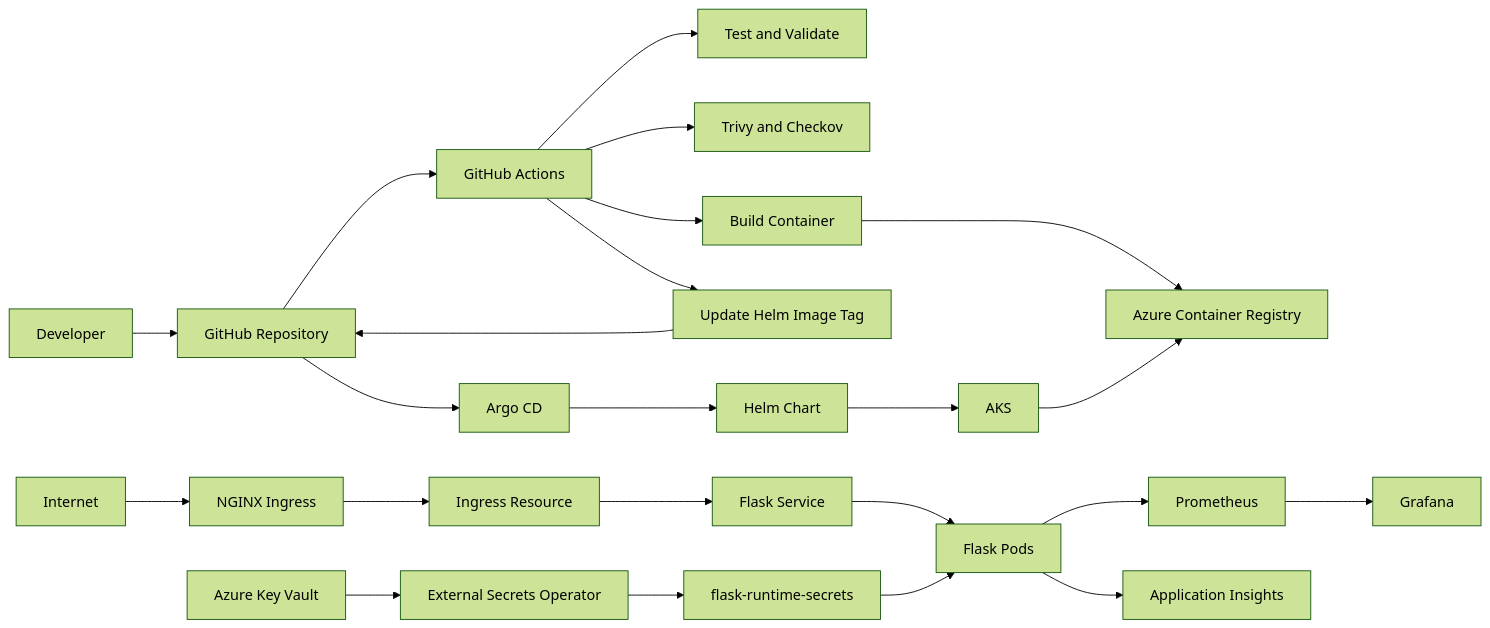
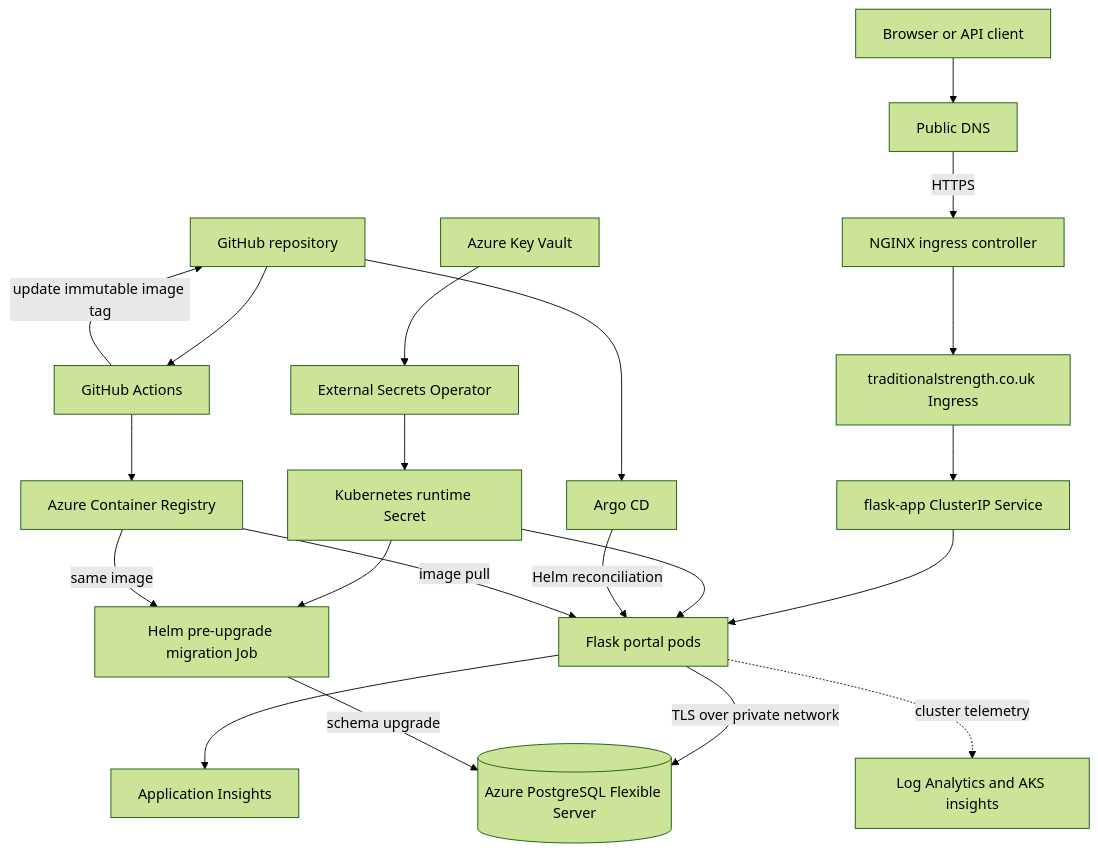
The first of 5 diagrams in docs/architecture.md (scampbell91coaching-dotcom/azure-devops-demo), drawn with Mermaid (forest theme) before and after one commit. The commit also changed other lines of this file and 6 other files, not shown here.

````diff
--- a/docs/architecture.md
+++ b/docs/architecture.md
@@ -24,25 +9,35 @@
 ```mermaid
-flowchart LR
-    Dev[Developer] --> Git[GitHub Repository]
-    Git --> GHA[GitHub Actions]
-    GHA --> Test[Test and Validate]
-    GHA --> Scan[Trivy and Checkov]
-    GHA --> Build[Build Container]
-    Build --> ACR[Azure Container Registry]
-    GHA --> Promote[Update Helm Image Tag]
-    Promote --> Git
-    Git --> Argo[Argo CD]
-    Argo --> Helm[Helm Chart]
-    Helm --> AKS[AKS]
-    AKS --> ACR
-    Internet --> NGINX[NGINX Ingress]
-    NGINX --> Ingress[Ingress Resource]
-    Ingress --> Service[Flask Service]
-    Service --> Pods[Flask Pods]
-    Pods --> Prom[Prometheus]
-    Prom --> Grafana[Grafana]
-    Pods --> AppInsights[Application Insights]
-    KeyVault[Azure Key Vault] --> ESO[External Secrets Operator]
-    ESO --> Secret[flask-runtime-secrets]
+flowchart TB
+    Client[Browser or API client]
+    DNS[Public DNS]
+    NGINX[NGINX ingress controller]
+    Ingress[traditionalstrength.co.uk Ingress]
+    Service[flask-app ClusterIP Service]
+    Pods[Flask portal pods]
+    Migration[Helm pre-upgrade migration Job]
+    DB[(Azure PostgreSQL Flexible Server)]
+    AI[Application Insights]
+    LAW[Log Analytics and AKS insights]
+    KV[Azure Key Vault]
+    ESO[External Secrets Operator]
+    Secret[Kubernetes runtime Secret]
+    ACR[Azure Container Registry]
+    Git[GitHub repository]
+    Actions[GitHub Actions]
+    Argo[Argo CD]
+
+    Client --> DNS -->|HTTPS| NGINX --> Ingress --> Service --> Pods
+    Pods -->|TLS over private network| DB
+    Migration -->|schema upgrade| DB
+    Pods --> AI
+    Pods -. cluster telemetry .-> LAW
+    KV --> ESO --> Secret
     Secret --> Pods
+    Secret --> Migration
+    Git --> Actions
+    Actions --> ACR
+    Actions -->|update immutable image tag| Git
+    Git --> Argo -->|Helm reconciliation| Pods
+    ACR -->|image pull| Pods
+    ACR -->|same image| Migration
 ```
````
